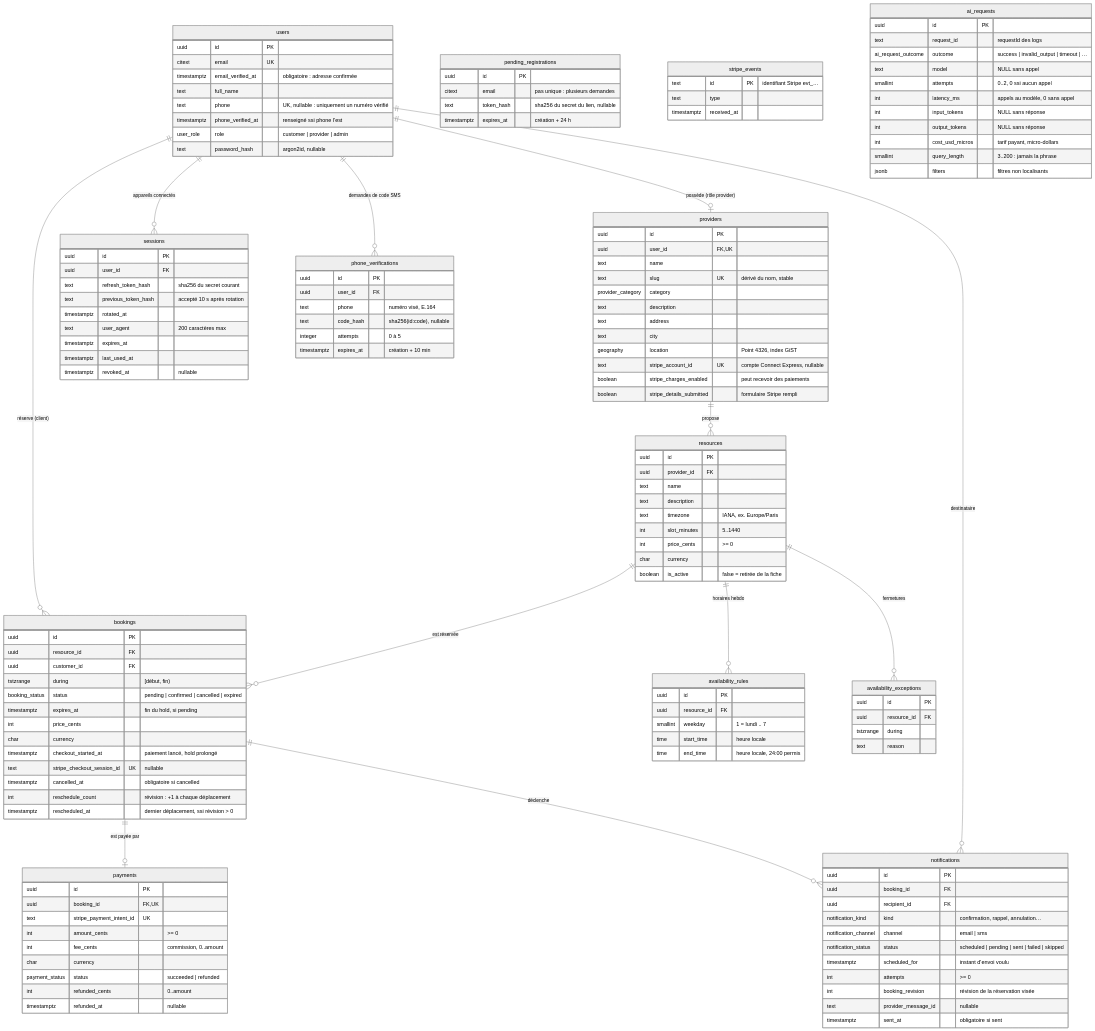
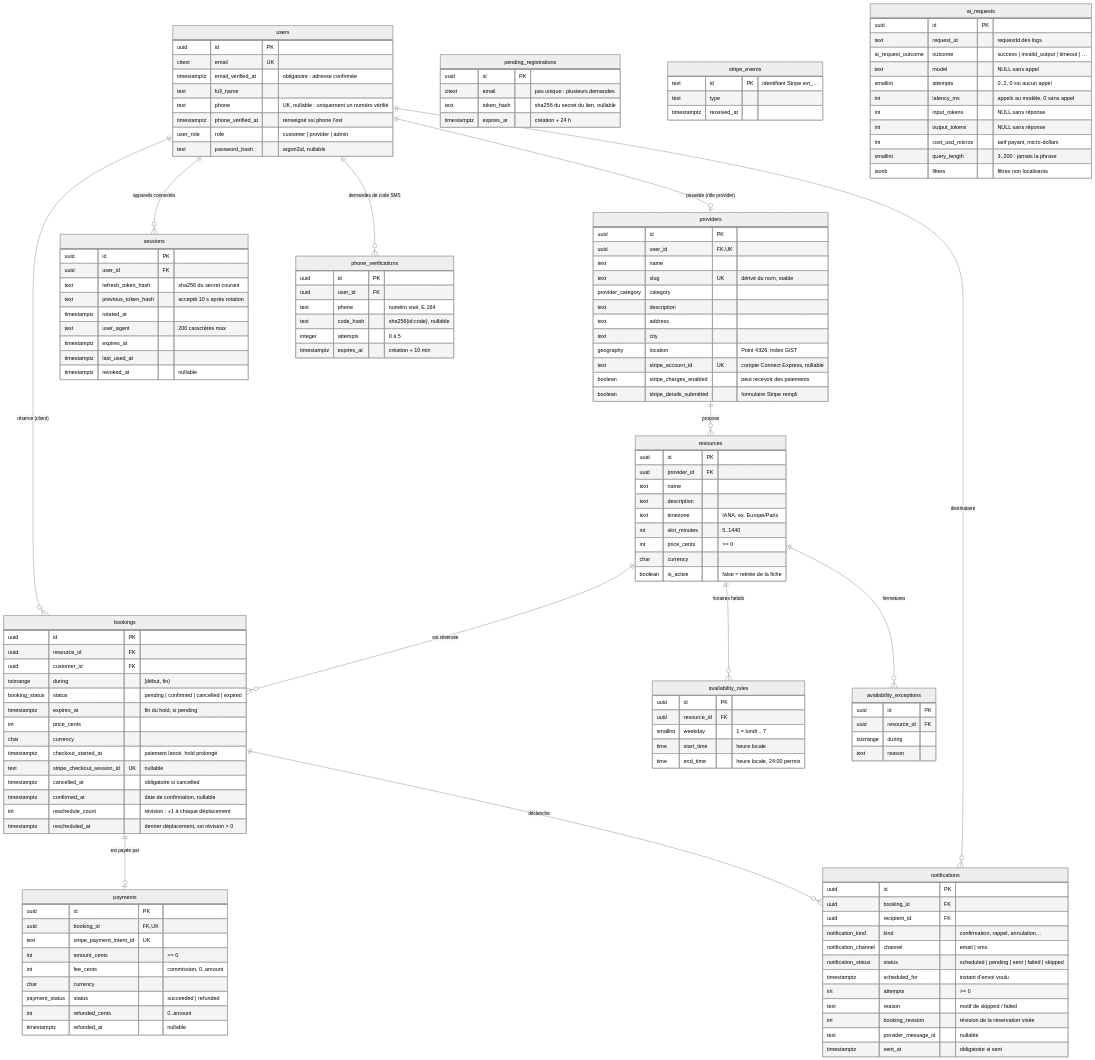
The diagram in docs/schema.md (KasselFelix/Creno), drawn with Mermaid (neutral theme) before and after one commit. The commit also changed other lines of this file and 22 other files, not shown here.

```diff
--- a/docs/schema.md
+++ b/docs/schema.md
@@ -101,6 +101,7 @@
     timestamptz checkout_started_at "paiement lancé, hold prolongé"
     text stripe_checkout_session_id UK "nullable"
     timestamptz cancelled_at "obligatoire si cancelled"
+    timestamptz confirmed_at "date de confirmation, nullable"
     int reschedule_count "révision : +1 à chaque déplacement"
     timestamptz rescheduled_at "dernier déplacement, ssi révision > 0"
   }
@@ -129,6 +130,7 @@
     notification_status status "scheduled | pending | sent | failed | skipped"
     timestamptz scheduled_for "instant d'envoi voulu"
     int attempts ">= 0"
+    text reason "motif de skipped / failed"
     int booking_revision "révision de la réservation visée"
     text provider_message_id "nullable"
     timestamptz sent_at "obligatoire si sent"
```
